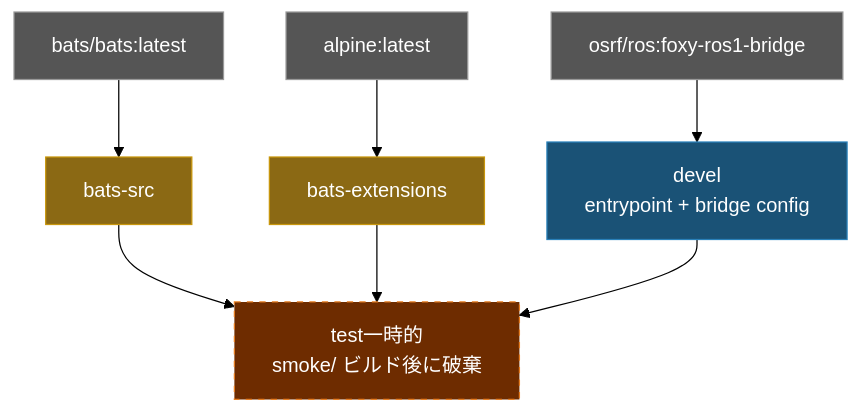
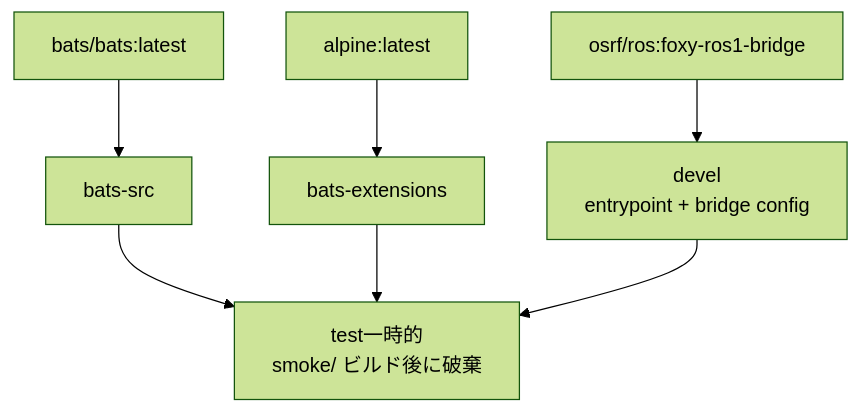
The diagram in doc/README.ja.md (ycpss91255-docker/ros1_bridge), drawn with Mermaid (forest theme) before and after one commit. The commit also changed 3 other files, not shown here.

Commit message:
docs: remove mermaid background colors from architecture diagrams

````diff
--- a/doc/README.ja.md
+++ b/doc/README.ja.md
@@ -99,20 +99,16 @@
 ```mermaid
 graph TD
-    EXT1["bats/bats:latest"]:::external
-    EXT2["alpine:latest"]:::external
-    EXT3["osrf/ros:foxy-ros1-bridge"]:::external
+    EXT1["bats/bats:latest"]
+    EXT2["alpine:latest"]
+    EXT3["osrf/ros:foxy-ros1-bridge"]
 
-    EXT1 --> bats-src["bats-src"]:::tool
-    EXT2 --> bats-ext["bats-extensions"]:::tool
+    EXT1 --> bats-src["bats-src"]
+    EXT2 --> bats-ext["bats-extensions"]
 
-    EXT3 --> devel["devel\nentrypoint + bridge config"]:::stage
+    EXT3 --> devel["devel\nentrypoint + bridge config"]
 
-    bats-src --> test["test一時的\nsmoke/ ビルド後に破棄"]:::ephemeral
+    bats-src --> test["test一時的\nsmoke/ ビルド後に破棄"]
     bats-ext --> test
     devel --> test
 
-    classDef external fill:#555,color:#fff,stroke:#999
-    classDef tool fill:#8B6914,color:#fff,stroke:#c8960c
-    classDef stage fill:#1a5276,color:#fff,stroke:#2980b9
-    classDef ephemeral fill:#6e2c00,color:#fff,stroke:#e67e22,stroke-dasharray:5 5
 ```
````
